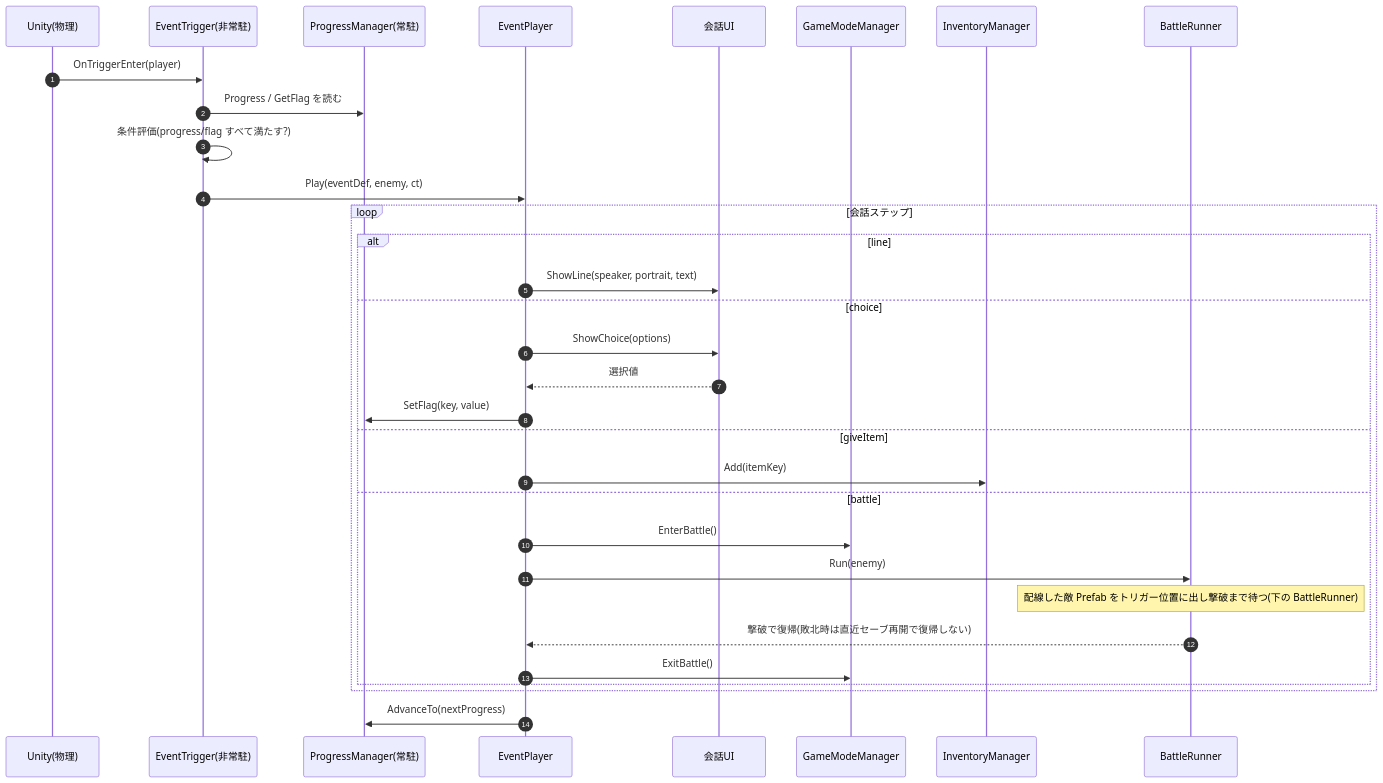
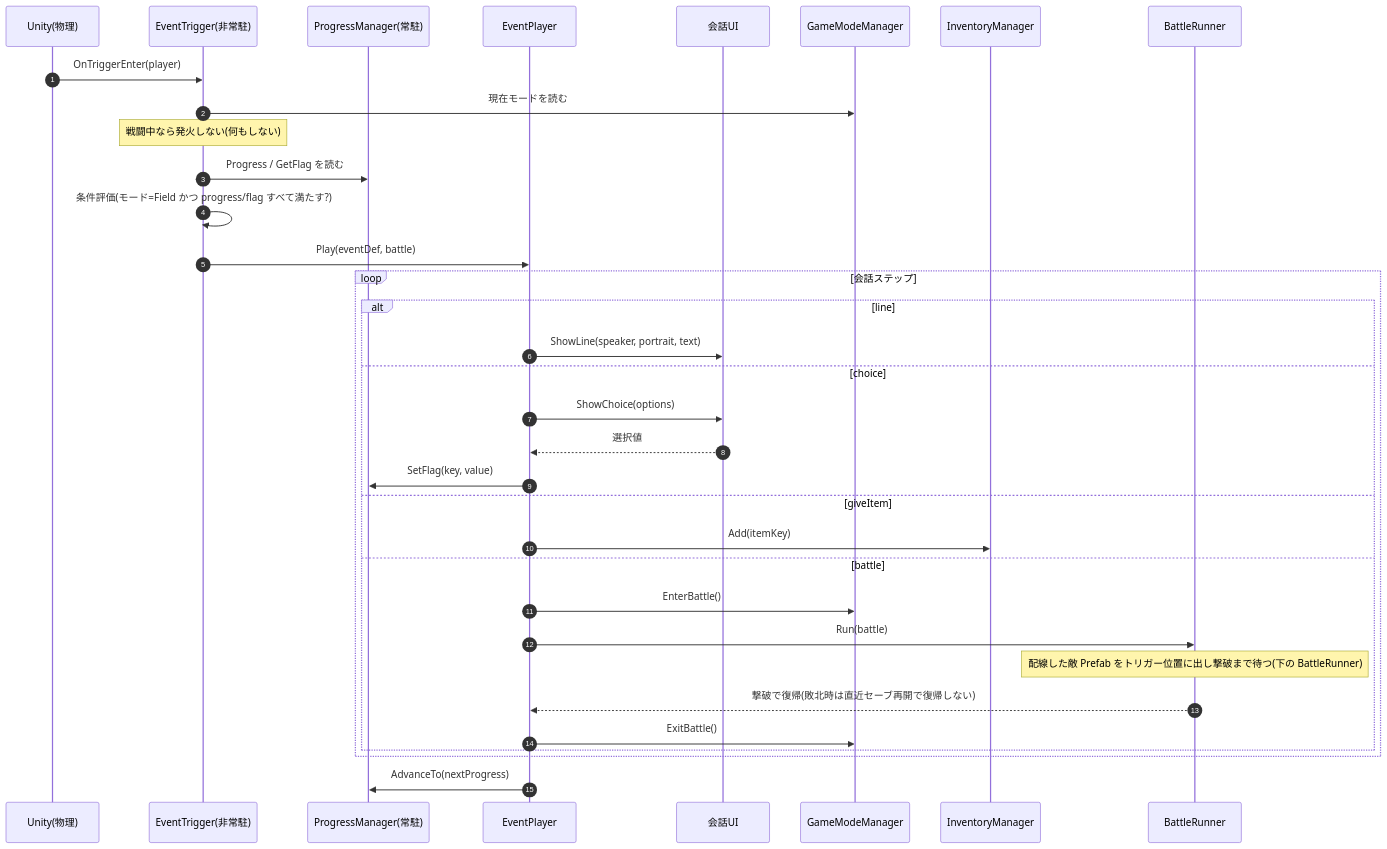
The first of 2 diagrams in EventImplementation.md (CreativeAI2026/documents), drawn with Mermaid before and after one commit. The commit also changed other lines of this file, not shown here.

Commit message:
イベント発火フローを更新: 戦闘中はEventTriggerが発火しない判定を明記・引数をbattleに統一

````diff
--- a/EventImplementation.md
+++ b/EventImplementation.md
@@ -53,35 +53,37 @@
 ```mermaid
 sequenceDiagram
     autonumber
     participant U as Unity(物理)
     participant ET as EventTrigger(非常駐)
     participant PM as ProgressManager(常駐)
     participant EP as EventPlayer
     participant TALK as 会話UI
     participant GMM as GameModeManager
     participant INV as InventoryManager
     participant BR as BattleRunner
 
     U->>ET: OnTriggerEnter(player)
+    ET->>GMM: 現在モードを読む
+    Note over ET: 戦闘中なら発火しない(何もしない)
     ET->>PM: Progress / GetFlag を読む
-    ET->>ET: 条件評価(progress/flag すべて満たす?)
-    ET->>EP: Play(eventDef, enemy, ct)
+    ET->>ET: 条件評価(モード=Field かつ progress/flag すべて満たす?)
+    ET->>EP: Play(eventDef, battle)
     loop 会話ステップ
         alt line
             EP->>TALK: ShowLine(speaker, portrait, text)
         else choice
             EP->>TALK: ShowChoice(options)
             TALK-->>EP: 選択値
             EP->>PM: SetFlag(key, value)
         else giveItem
             EP->>INV: Add(itemKey)
         else battle
             EP->>GMM: EnterBattle()
-            EP->>BR: Run(enemy)
+            EP->>BR: Run(battle)
             Note over BR: 配線した敵 Prefab をトリガー位置に出し撃破まで待つ(下の BattleRunner)
             BR-->>EP: 撃破で復帰(敗北時は直近セーブ再開で復帰しない)
             EP->>GMM: ExitBattle()
         end
     end
     EP->>PM: AdvanceTo(nextProgress)
 ```
````
